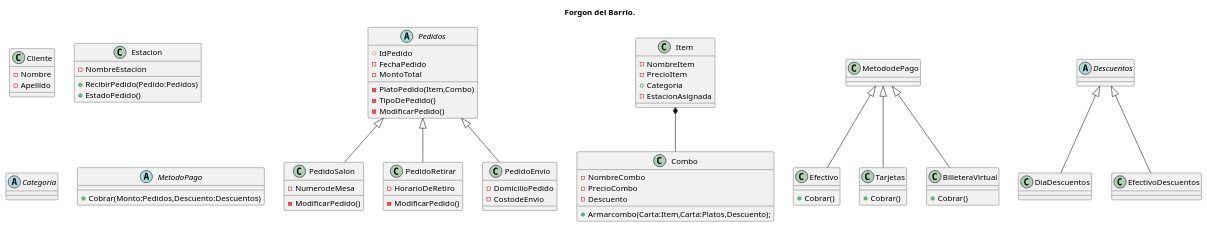
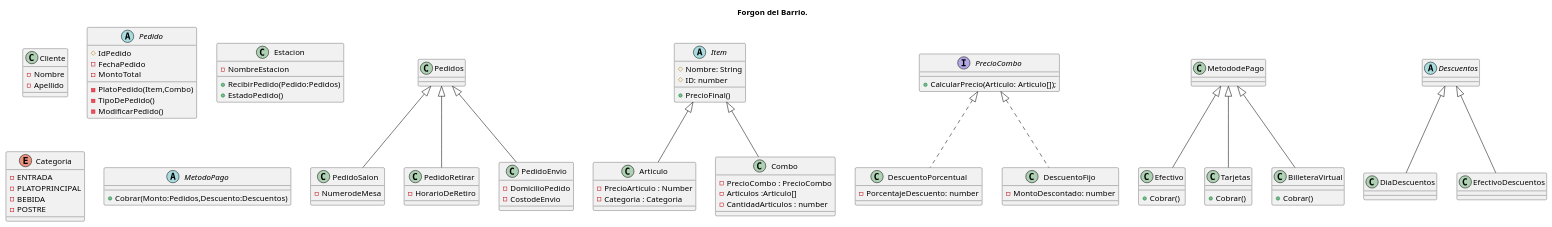
One commit to biglierilaram/Trabajo_Practico_Prog2 changed the diagram in Diagrama del TP/Restaurante.puml. Above: the diagram before and after it, drawn with PlantUML.

Commit message:
Actualizacion diagrama de clases

```diff
--- a/Diagrama del TP/Restaurante.puml
+++ b/Diagrama del TP/Restaurante.puml
@@ -1,141 +1,196 @@
 @startuml
 
 title Forgon del Barrio.
 
 class Cliente{
 -Nombre
 -Apellido
 }
 
 
-abstract class Pedidos{
+abstract class Pedido{
 #IdPedido
 -FechaPedido
 -MontoTotal
 -PlatoPedido(Item,Combo)
 
 
 -TipoDePedido()
 -ModificarPedido()
 
 }
 
 ' Relaciones
 Pedidos <|-- PedidoSalon
 Pedidos <|-- PedidoRetirar
 Pedidos <|--PedidoEnvio
 
 class PedidoSalon{
 -NumerodeMesa
--ModificarPedido()
+
 }
 
 class PedidoRetirar{
 -HorarioDeRetiro
--ModificarPedido()
+
 }
 
 class PedidoEnvio{
 -DomicilioPedido
 -CostodeEnvio
 }
 
 ' CADETE QUE ES? TIENE OBRA SOCIAL?
+
+
+' CADETE QUE ES? TIENE OBRA SOCIAL?
+
+
+
+
+
+class Estacion{
+
+-NombreEstacion
+
++RecibirPedido(Pedido:Pedidos)
++EstadoPedido()
+
+}
 
 
 
 
 
 
 
 
 
 
 
 
 
 
 
-class Estacion{
 
--NombreEstacion
 
-+RecibirPedido(Pedido:Pedidos)
-+EstadoPedido()
+
+
+
+
+'PADRE DE ARTICULO Y COMBO
+abstract class Item{
+#Nombre: String
+#ID: number
+
+'A CHECKEAR
+'constructor(Nombre:String,ID:number){'
+'this.Nombre = Nombre
+'this.ID = ID}
+
++PrecioFinal()
+}
+
+
+class Articulo extends Item{
+-PrecioArticulo : Number
+-Categoria : Categoria
+
+'A CHECKEAR
+'constructor(PrecioArticulo:PrecioArticulo, Categoria: Categoria){
+'    super(Nombre,ID);
+'    this.PrecioArticulo = PrecioArticulo
+'    this.Categoria = Categoria}
+
 
 }
-' TENEMOS QUE VER COMO PORONGA ESTABLECER EL ESTADO DEL PEDIDO
-' AVERIGUAR SI LOS TIPOS DE ESTACIONES SON HIJOS O ALGO DE ESTACION
+
+
+class Combo extends Item{
+
+-PrecioCombo : PrecioCombo
+-Articulos :Articulo[]
+-CantidadArticulos : number
+
+''+Armarcombo();
+
+}
+
+enum Categoria{
+-ENTRADA
+-PLATOPRINCIPAL
+-BEBIDA
+-POSTRE
+}
+
+
+Interface PrecioCombo{
++CalcularPrecio(Articulo: Articulo[]); 
+'Calcular Precio va a calcular en las clases de abajo por separado el precio final del combo con distintos descuentos.
+}
+
+class DescuentoPorcentual implements PrecioCombo{
+-PorcentajeDescuento: number
+' +CalcularPrecio() Lo implementa desde PrecioCombo
+}
+
+class DescuentoFijo implements PrecioCombo{
+-MontoDescontado: number
+' +CalcularPrecio() Lo implementa desde PrecioCombo
+}
+
+
+'Relaciones
 
 
 
 
 
 
 
 
 
 
-'NO SI SI VA
-abstract class Categoria{
 
-}
 
-class Item{
 
--NombreItem
--PrecioItem
-+Categoria
--EstacionAsignada
-
-}
-
-class Combo{
--NombreCombo
--PrecioCombo
--Descuento
-+ Armarcombo(Carta:Item,Carta:Platos,Descuento);
-}
-
-'Relacion
-Item 	*-- Combo
 
 
 abstract class MetodoPago{
 +Cobrar(Monto:Pedidos,Descuento:Descuentos)
 }
 
 class Efectivo{
 +Cobrar()
 }
 
 class Tarjetas{
 +Cobrar()
 }
 
 class BilleteraVirtual{
 +Cobrar()
 }
 'Relacion
 MetododePago <|-- Efectivo
 MetododePago <|-- Tarjetas
 MetododePago <|-- BilleteraVirtual
 
 
 
 'DEFINIR COMO ELEGIR QUE DESCUENTO APLICAR
 abstract class Descuentos{
 }
 
 class DiaDescuentos{
 }
 
 class EfectivoDescuentos{
 }
 
 Descuentos <|-- DiaDescuentos
 Descuentos <|-- EfectivoDescuentos
 
 
 
 @enduml
```
